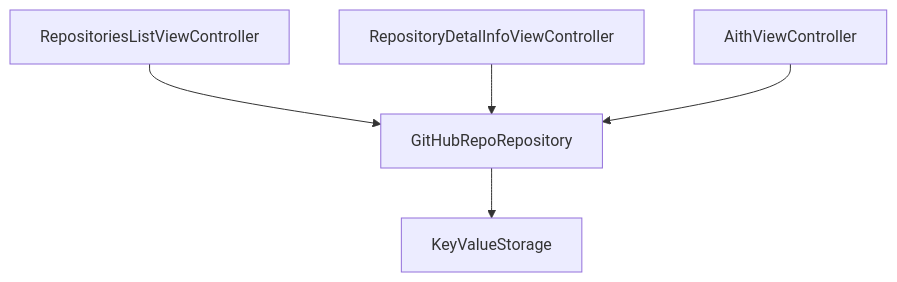
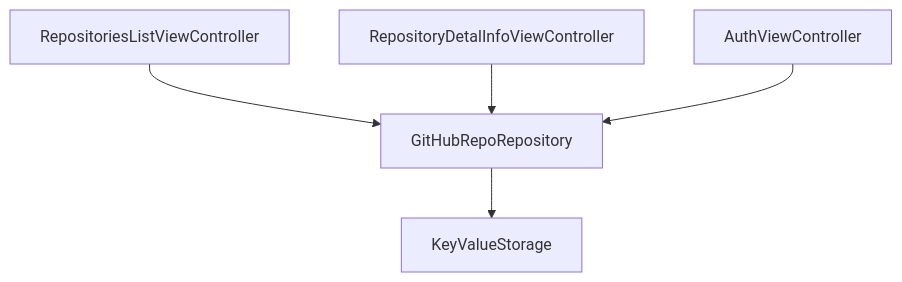
The diagram in university/2-ios-basics/practice.md (icerockdev/kmm.icerock.dev), drawn with Mermaid before and after one commit. The commit also changed other lines of this file and 6 other files, not shown here.

Commit message:
MOKO-1057 fixes without public api in graphs

````diff
--- a/university/2-ios-basics/practice.md
+++ b/university/2-ios-basics/practice.md
@@ -38,8 +37,8 @@
 ```mermaid
    graph TD
    
    RepositoriesListViewController --> GitHubRepoRepository
    RepositoryDetalInfoViewController --> GitHubRepoRepository
-   AithViewController --> GitHubRepoRepository
+   AuthViewController --> GitHubRepoRepository
    GitHubRepoRepository --> KeyValueStorage
 ```
````
